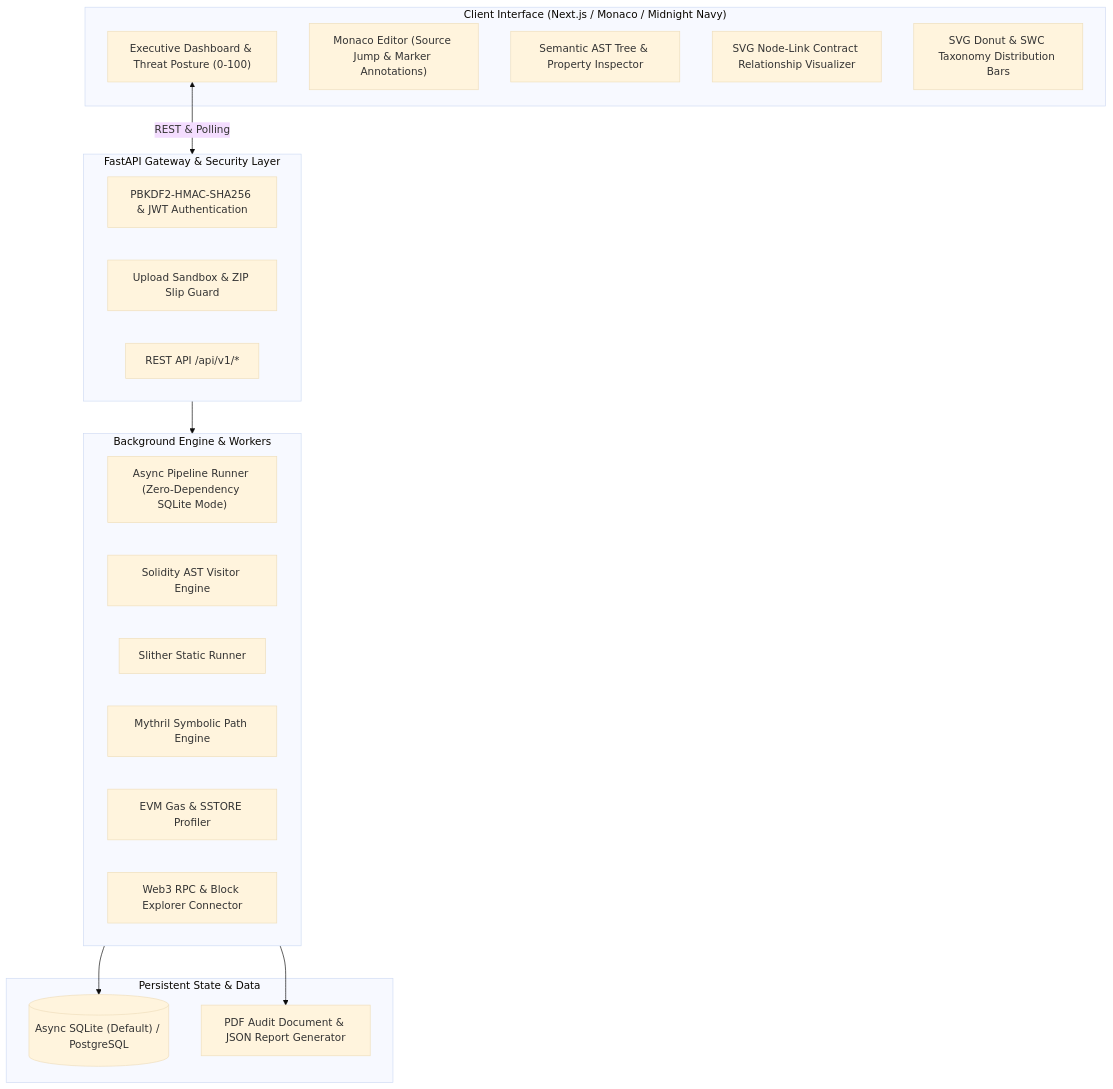
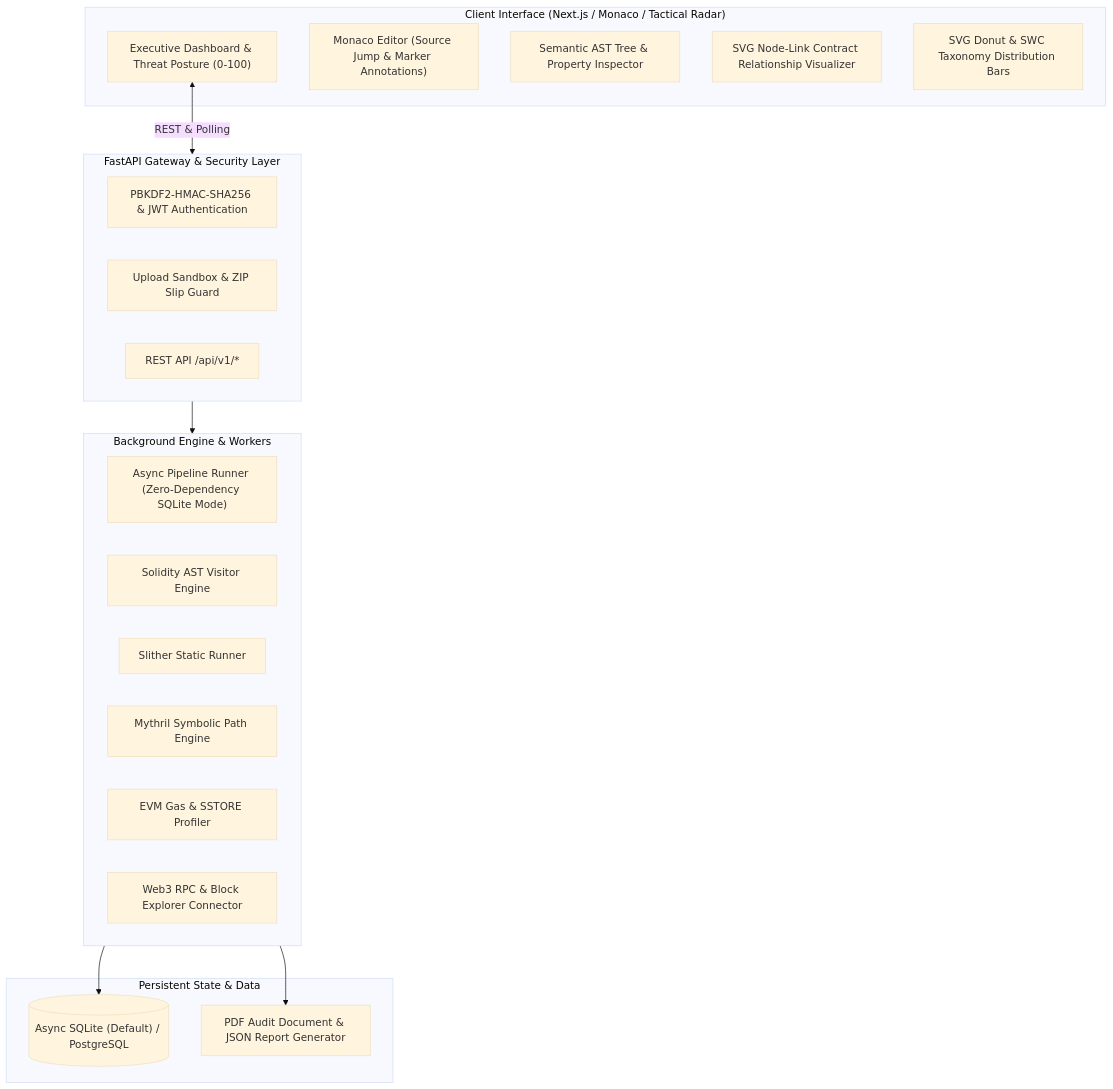
Before and after one commit to Rohanjm911/CONTRAX: the diagram in README.md, drawn with Mermaid (base theme). The commit also changed other lines of this file and 4 other files, not shown here.

Commit message:
docs: enrich README with animated vector graphics and dashboard UI preview

````diff
--- a/README.md
+++ b/README.md
@@ -63,35 +65,35 @@
 ```mermaid
 flowchart TD
-    subgraph Client ["Client Interface (Next.js / Monaco / Midnight Navy)"]
+    subgraph Client ["Client Interface (Next.js / Monaco / Tactical Radar)"]
         UI["Executive Dashboard & Threat Posture (0-100)"]
         Monaco["Monaco Editor (Source Jump & Marker Annotations)"]
         ASTVis["Semantic AST Tree & Property Inspector"]
         GraphVis["SVG Node-Link Contract Relationship Visualizer"]
         Charts["SVG Donut & SWC Taxonomy Distribution Bars"]
     end
 
     subgraph Gateway ["FastAPI Gateway & Security Layer"]
         Auth["PBKDF2-HMAC-SHA256 & JWT Authentication"]
         Sandbox["Upload Sandbox & ZIP Slip Guard"]
         APIs["REST API /api/v1/*"]
     end
 
     subgraph Orchestration ["Background Engine & Workers"]
         Queue["Async Pipeline Runner (Zero-Dependency SQLite Mode)"]
         AST["Solidity AST Visitor Engine"]
         Slither["Slither Static Runner"]
         Mythril["Mythril Symbolic Path Engine"]
         Gas["EVM Gas & SSTORE Profiler"]
         Web3["Web3 RPC & Block Explorer Connector"]
     end
 
     subgraph Storage ["Persistent State & Data"]
         DB[("Async SQLite (Default) / PostgreSQL")]
         Reports["PDF Audit Document & JSON Report Generator"]
     end
 
     UI <-->|REST & Polling| Gateway
     Gateway --> Orchestration
     Orchestration --> DB
     Orchestration --> Reports
 ```
````
